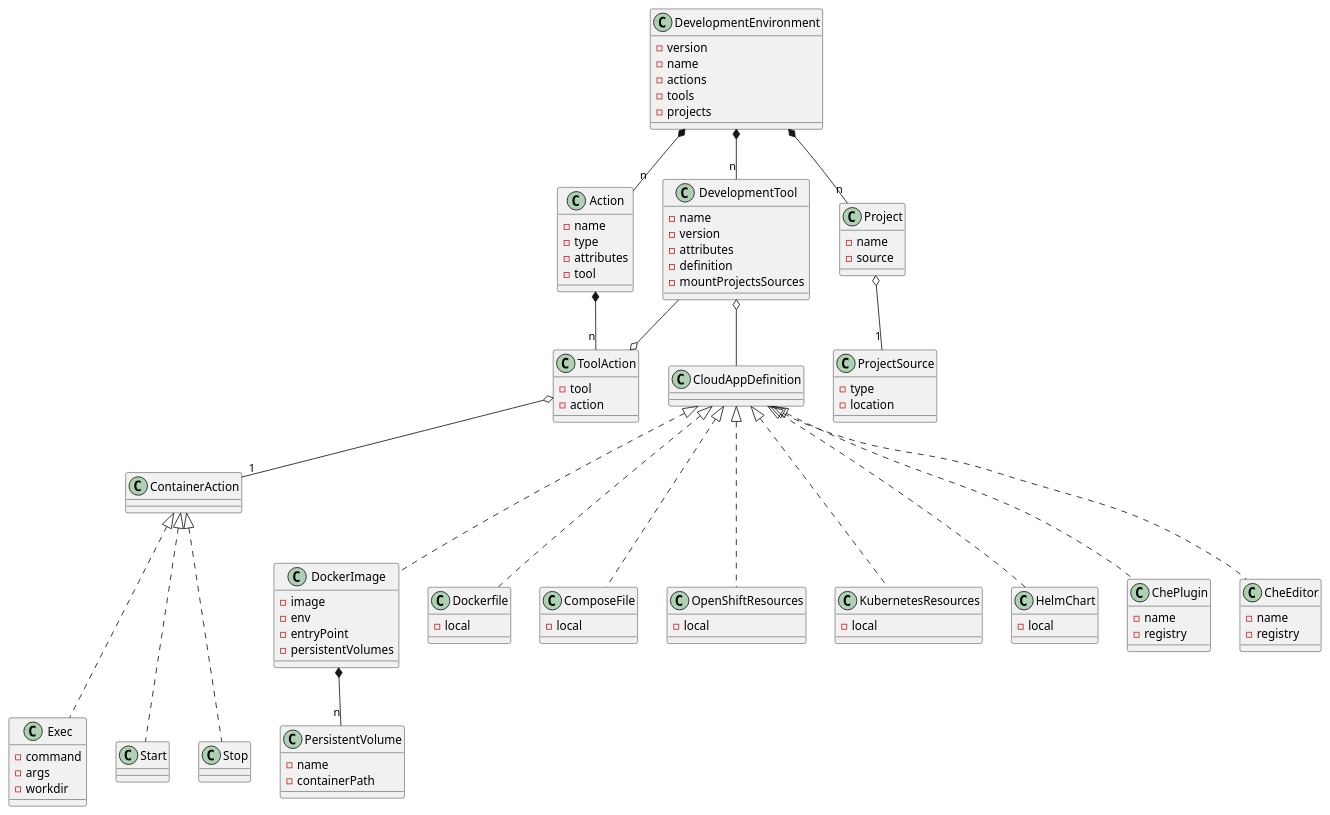
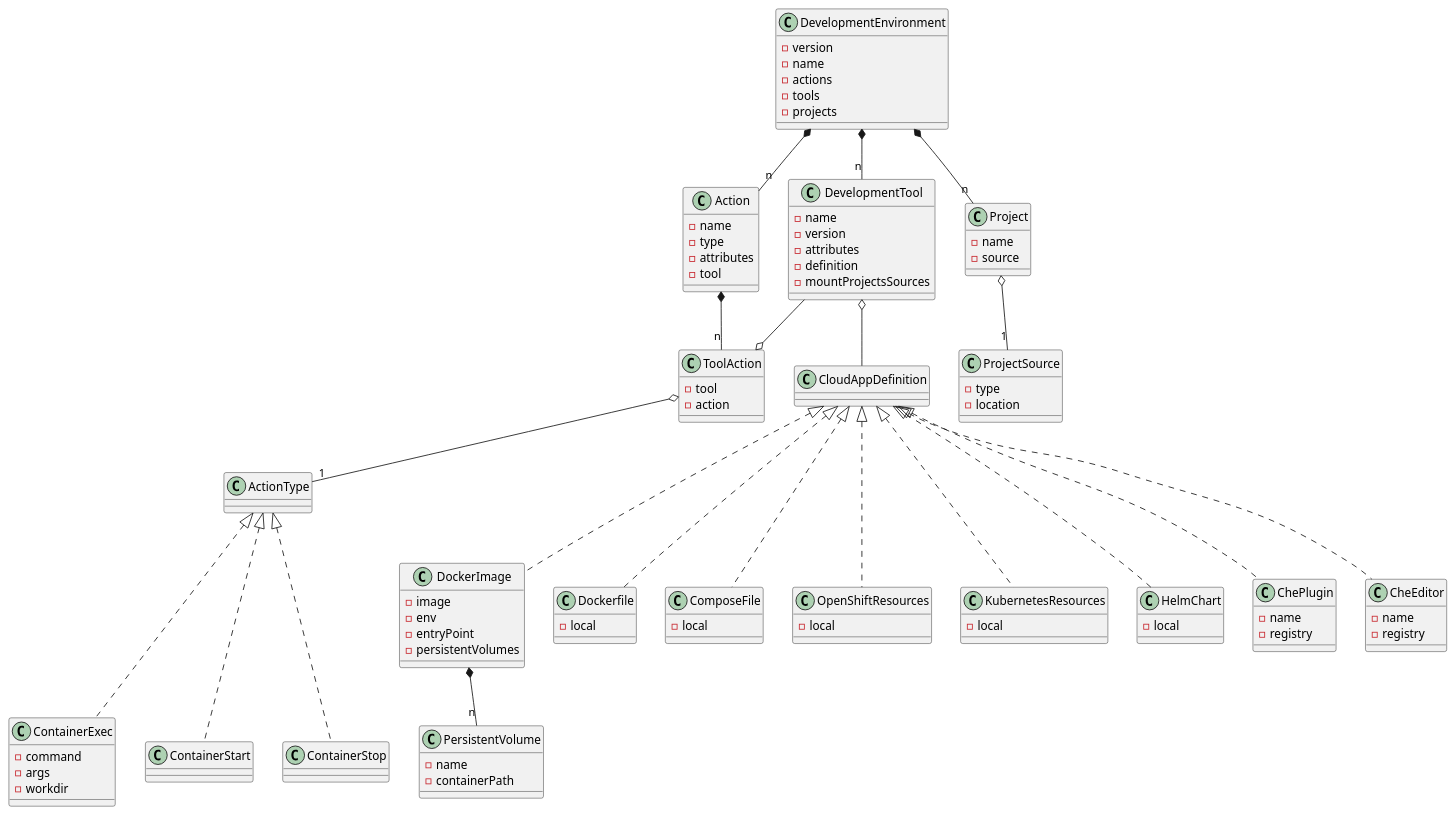
One commit to redhat-developer/devfile changed the diagram in devfile.plantuml. Above: the diagram before and after it, drawn with PlantUML. The commit also changed 1 other file, not shown here.

Commit message:
rename actions.toolsActions --> actions.items and introduce item.type

```diff
--- a/devfile.plantuml
+++ b/devfile.plantuml
@@ -1,134 +1,134 @@
 @startuml devfile
 
 class DevelopmentEnvironment {
   - version
   - name
   - actions
   - tools
   - projects
 }
 
 together {
   class DevelopmentTool
   class Action
   class Project
 }
 
 together {
   class ToolAction
   class CloudAppDefinition
 }
 
 DevelopmentEnvironment *-- "n" DevelopmentTool
 DevelopmentEnvironment *-- "n" Action
 DevelopmentEnvironment *-- "n" Project
 
 class DevelopmentTool {
     - name
     - version
     - attributes
     - definition
     - mountProjectsSources
 }
 
 DevelopmentTool o-- CloudAppDefinition
 
 CloudAppDefinition <|-.. DockerImage
 CloudAppDefinition <|-.. Dockerfile
 CloudAppDefinition <|-.. ComposeFile
 CloudAppDefinition <|-.. OpenShiftResources
 CloudAppDefinition <|-.. KubernetesResources
 CloudAppDefinition <|-.. HelmChart
 CloudAppDefinition <|-.. ChePlugin
 CloudAppDefinition <|-.. CheEditor
 
 class Action {
   - name
   - type
   - attributes
   - tool
 }
 
 Action *-- "n" ToolAction
 ToolAction o-- DevelopmentTool
 
 class ToolAction {
   - tool
   - action
 }
 
-ToolAction o-- "1" ContainerAction
+ToolAction o-- "1" ActionType
 
-ContainerAction <|-..Exec
-ContainerAction <|-..Start
-ContainerAction <|-..Stop
+ActionType <|-..ContainerExec
+ActionType <|-..ContainerStart
+ActionType <|-..ContainerStop
 
 together {
-  class Exec
-  class Start
-  class Stop
+  class ContainerExec
+  class ContainerStart
+  class ContainerStop
 }
 
-class Exec {
+class ContainerExec {
   - command
   - args
   - workdir
 }
 
 class Project {
   - name
   - source
 }
 
 Project o-- "1" ProjectSource
 
 class ProjectSource {
   - type
   - location
 }
 
 class DockerImage {
   - image
   - env
   - entryPoint
   - persistentVolumes
 }
 
 DockerImage *-- "n" PersistentVolume
 
 class PersistentVolume {
   - name
   - containerPath
 }
 
 class ComposeFile {
   - local
 }
 
 class Dockerfile {
   - local
 }
 
 class OpenShiftResources {
   - local
 }
 
 class KubernetesResources {
   - local
 }
 
 class HelmChart {
   - local
 }
 
 class ChePlugin {
   - name
   - registry
 }
 
 class CheEditor {
   - name
   - registry
 }
 
 @enduml
```
